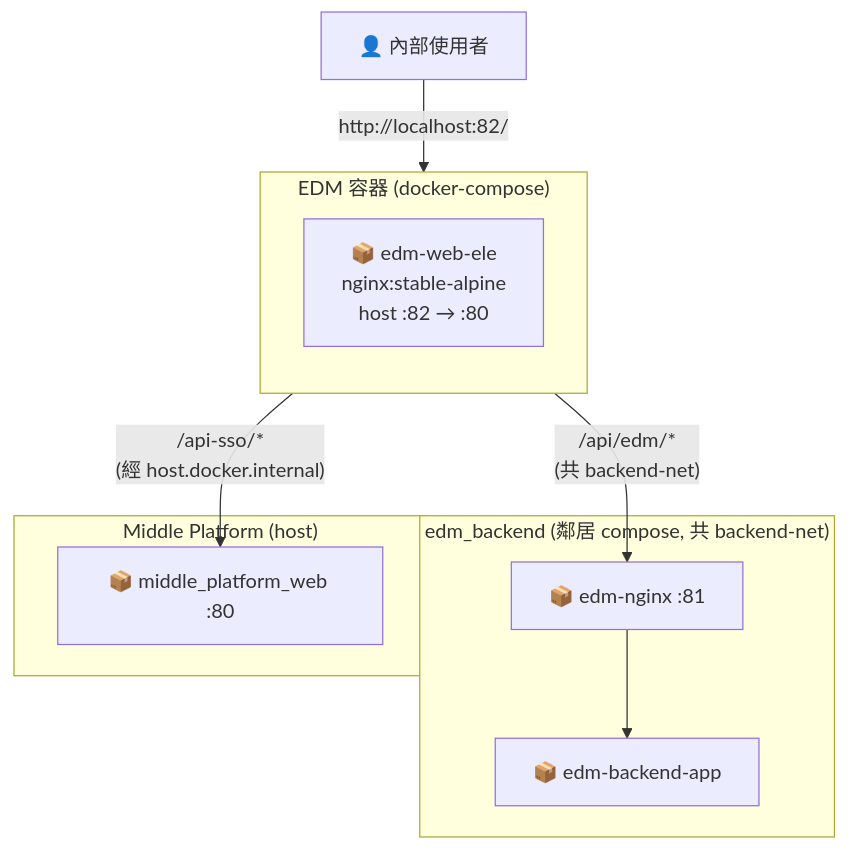
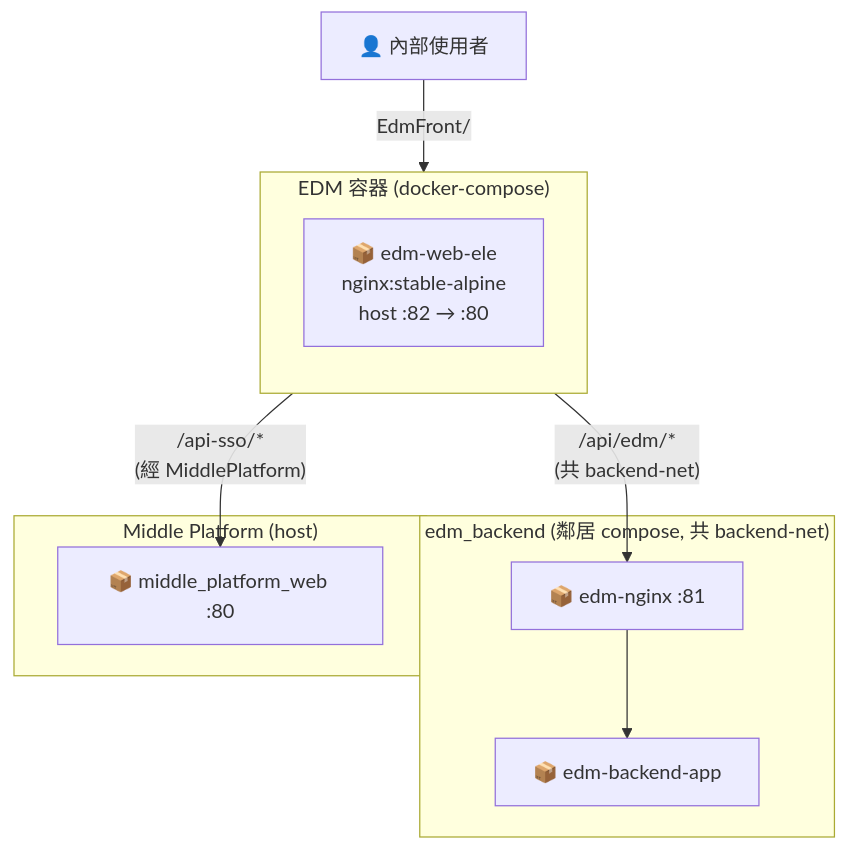
One commit to jacky0996/EDM changed the second of 3 diagrams in sa-docs/deployment.md. Above: the diagram before and after it, drawn with Mermaid. The commit also changed other lines of this file and 13 other files, not shown here.

````diff
--- a/sa-docs/deployment.md
+++ b/sa-docs/deployment.md
@@ -32,23 +32,23 @@
 ```mermaid
 flowchart TB
     user["👤 內部使用者"]
 
     subgraph compose["EDM 容器 (docker-compose)"]
         direction TB
         edm["📦 edm-web-ele<br/>nginx:stable-alpine<br/>host :82 → :80"]
     end
 
     subgraph nb["edm_backend (鄰居 compose, 共 backend-net)"]
         be_nginx["📦 edm-nginx :81"]
         be_app["📦 edm-backend-app"]
     end
 
     subgraph mp_compose["Middle Platform (host)"]
         mp["📦 middle_platform_web :80"]
     end
 
-    user -- "http://localhost:82/" --> edm
-    edm -- "/api-sso/*<br/>(經 host.docker.internal)" --> mp
+    user -- "EdmFront/" --> edm
+    edm -- "/api-sso/*<br/>(經 MiddlePlatform)" --> mp
     edm -- "/api/edm/*<br/>(共 backend-net)" --> be_nginx
     be_nginx --> be_app
 ```
````
